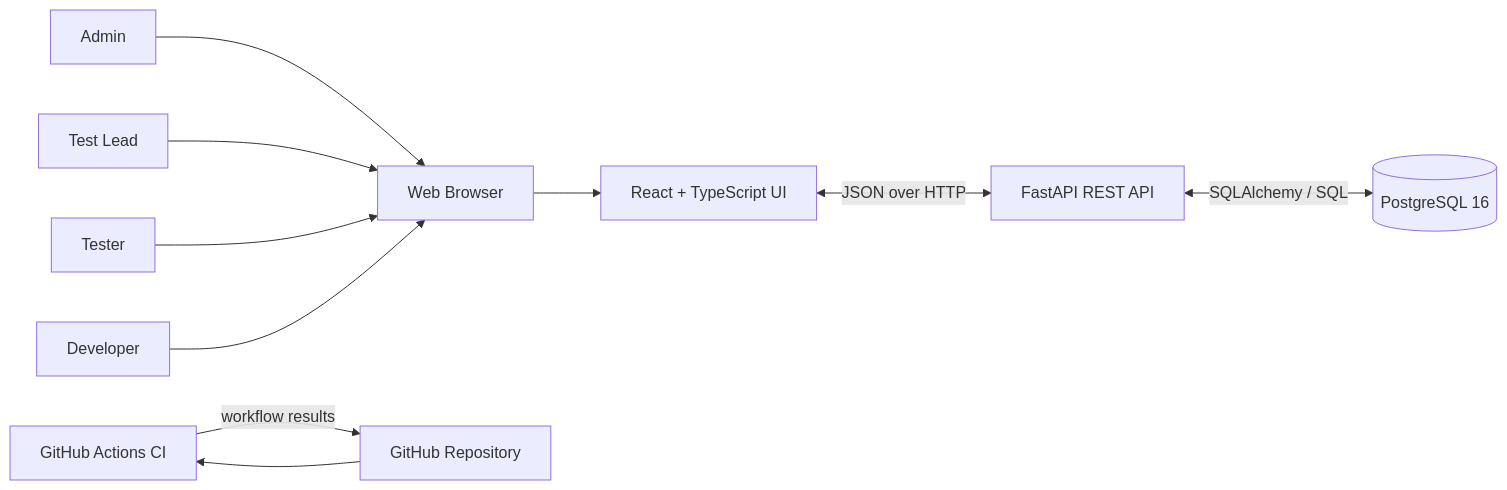
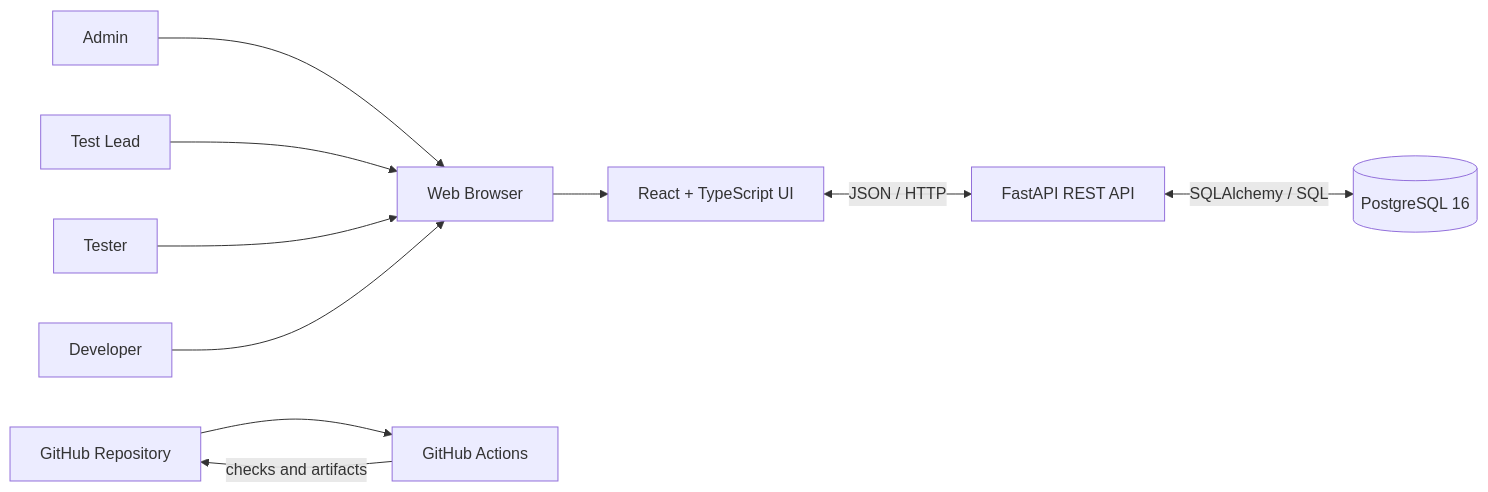
One commit to Aoreri/SEN0421 changed the first of 5 diagrams in docs/software-design-description.md. Above: the diagram before and after it, drawn with Mermaid. The commit also changed other lines of this file, not shown here.

````diff
--- a/docs/software-design-description.md
+++ b/docs/software-design-description.md
@@ -38,23 +36,22 @@
 ```mermaid
 flowchart LR
-    Admin[Admin]
-    Lead[Test Lead]
-    Tester[Tester]
-    Dev[Developer]
-    Browser[Web Browser]
-    UI[React + TypeScript UI]
-    API[FastAPI REST API]
-    DB[(PostgreSQL 16)]
-    CI[GitHub Actions CI]
-    Repo[GitHub Repository]
-
-    Admin --> Browser
-    Lead --> Browser
-    Tester --> Browser
-    Dev --> Browser
-    Browser --> UI
-    UI <-->|JSON over HTTP| API
-    API <-->|SQLAlchemy / SQL| DB
-    Repo --> CI
-    CI -->|workflow results| Repo
+  Admin[Admin]
+  Lead[Test Lead]
+  Tester[Tester]
+  Dev[Developer]
+  Browser[Web Browser]
+  UI[React + TypeScript UI]
+  API[FastAPI REST API]
+  DB[(PostgreSQL 16)]
+  GH[GitHub Repository]
+  CI[GitHub Actions]
+  Admin --> Browser
+  Lead --> Browser
+  Tester --> Browser
+  Dev --> Browser
+  Browser --> UI
+  UI <-->|JSON / HTTP| API
+  API <-->|SQLAlchemy / SQL| DB
+  GH --> CI
+  CI -->|checks and artifacts| GH
 ```
````
